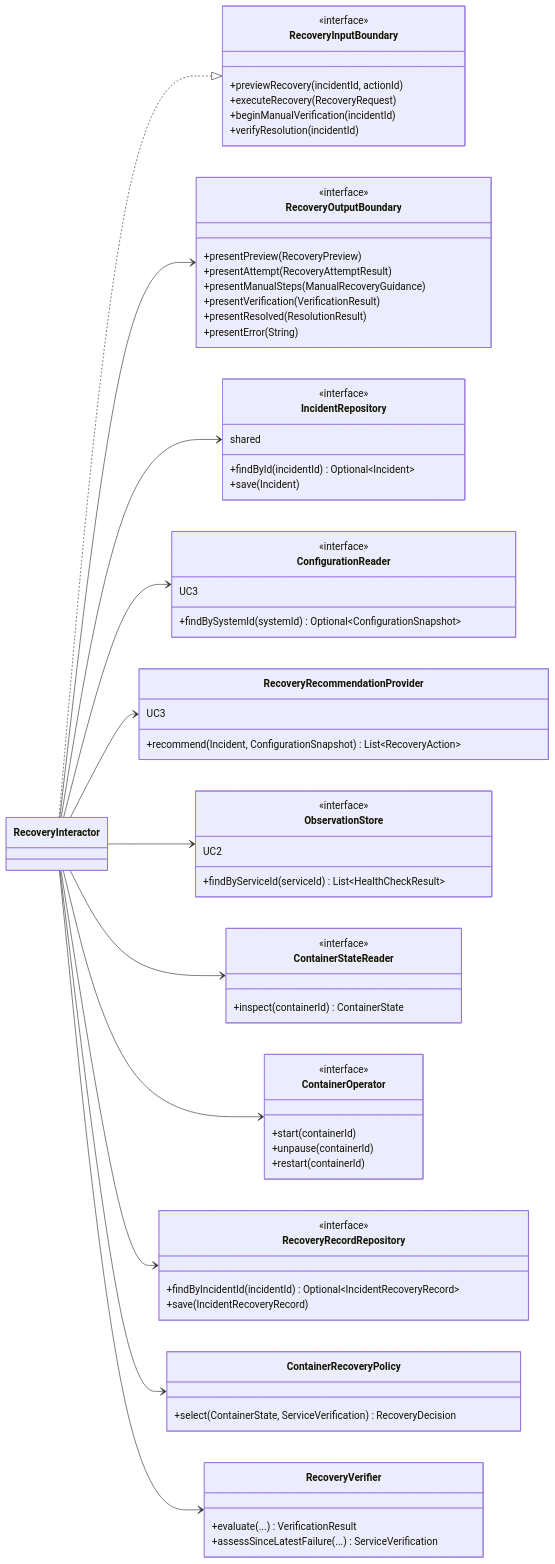
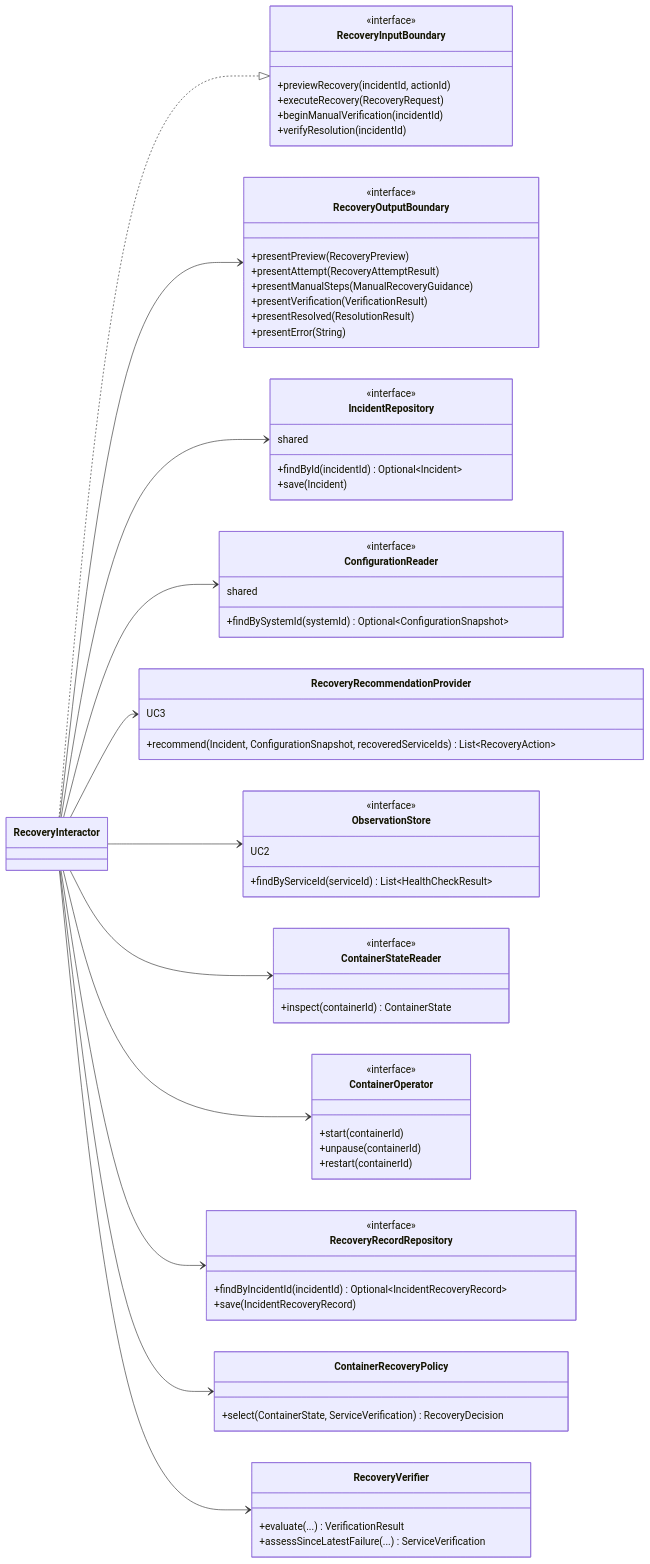
Before and after one commit to CSC207-0201-Team14/team-project: the first of 5 diagrams in docs/uc4-recover-service.md, drawn with Mermaid. The commit also changed other lines of this file and 3 other files, not shown here.

````diff
--- a/docs/uc4-recover-service.md
+++ b/docs/uc4-recover-service.md
@@ -44,76 +45,76 @@
 ```mermaid
 classDiagram
     direction LR
 
     class RecoveryInputBoundary {
         <<interface>>
         +previewRecovery(incidentId, actionId)
         +executeRecovery(RecoveryRequest)
         +beginManualVerification(incidentId)
         +verifyResolution(incidentId)
     }
     class RecoveryOutputBoundary {
         <<interface>>
         +presentPreview(RecoveryPreview)
         +presentAttempt(RecoveryAttemptResult)
         +presentManualSteps(ManualRecoveryGuidance)
         +presentVerification(VerificationResult)
         +presentResolved(ResolutionResult)
         +presentError(String)
     }
     class RecoveryInteractor
     class ContainerStateReader {
         <<interface>>
         +inspect(containerId) ContainerState
     }
     class ContainerOperator {
         <<interface>>
         +start(containerId)
         +unpause(containerId)
         +restart(containerId)
     }
     class RecoveryRecordRepository {
         <<interface>>
         +findByIncidentId(incidentId) Optional~IncidentRecoveryRecord~
         +save(IncidentRecoveryRecord)
     }
     class IncidentRepository {
         <<interface>>
         shared
         +findById(incidentId) Optional~Incident~
         +save(Incident)
     }
     class ConfigurationReader {
         <<interface>>
-        UC3
+        shared
         +findBySystemId(systemId) Optional~ConfigurationSnapshot~
     }
     class RecoveryRecommendationProvider {
         UC3
-        +recommend(Incident, ConfigurationSnapshot) List~RecoveryAction~
+        +recommend(Incident, ConfigurationSnapshot, recoveredServiceIds) List~RecoveryAction~
     }
     class ObservationStore {
         <<interface>>
         UC2
         +findByServiceId(serviceId) List~HealthCheckResult~
     }
     class ContainerRecoveryPolicy {
         +select(ContainerState, ServiceVerification) RecoveryDecision
     }
     class RecoveryVerifier {
         +evaluate(...) VerificationResult
         +assessSinceLatestFailure(...) ServiceVerification
     }
 
     RecoveryInteractor ..|> RecoveryInputBoundary
     RecoveryInteractor --> RecoveryOutputBoundary
     RecoveryInteractor --> IncidentRepository
     RecoveryInteractor --> ConfigurationReader
     RecoveryInteractor --> RecoveryRecommendationProvider
     RecoveryInteractor --> ObservationStore
     RecoveryInteractor --> ContainerStateReader
     RecoveryInteractor --> ContainerOperator
     RecoveryInteractor --> RecoveryRecordRepository
     RecoveryInteractor --> ContainerRecoveryPolicy
     RecoveryInteractor --> RecoveryVerifier
 ```
````
